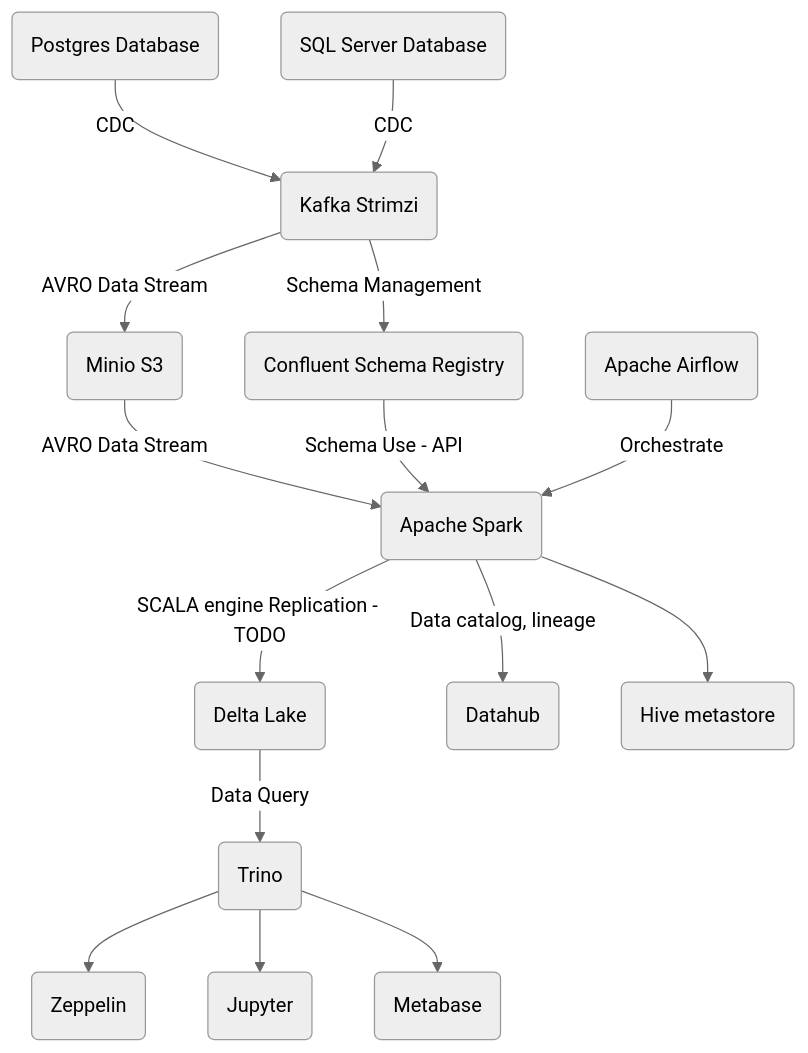
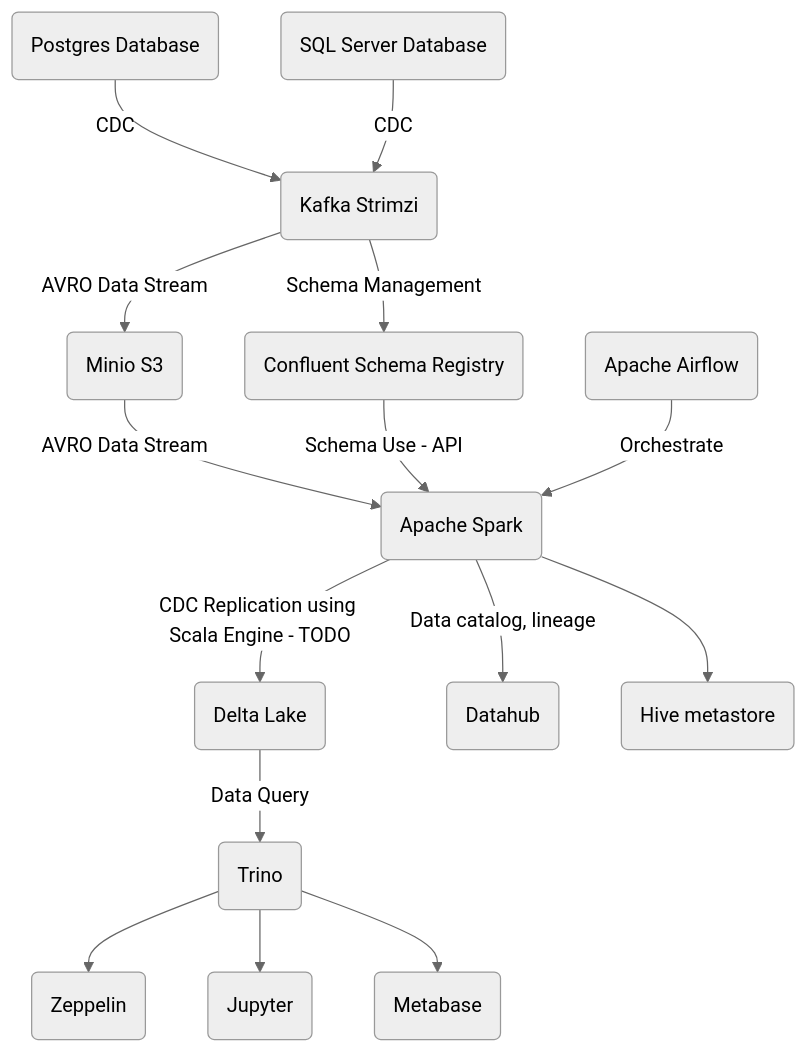
The diagram in README.md (rogeriomm/labtools-k8s), drawn with Mermaid (neutral theme) before and after one commit.

````diff
--- a/README.md
+++ b/README.md
@@ -14,22 +14,22 @@
 ```mermaid
 flowchart TD
     Postgres(Postgres Database) -->|CDC| Kafka(Kafka Strimzi)
     SQLServer(SQL Server Database) -->|CDC| Kafka
     Kafka -->|AVRO Data Stream| ConsumerMinio(Minio S3)
     ConsumerMinio -->|AVRO Data Stream| ConsumerSpark(Apache Spark)
-    ConsumerSpark --> |SCALA engine Replication - TODO| ConsumerDelta(Delta Lake)
+    ConsumerSpark --> |CDC Replication using Scala Engine - TODO| ConsumerDelta(Delta Lake)
     ConsumerSpark --> |Data catalog, lineage| ConsumerDatahub(Datahub)
     ConsumerSpark --> HiveMetastore(Hive metastore)
     Kafka -->|Schema Management| SchemaRegistry(Confluent Schema Registry)
     SchemaRegistry -->|Schema Use - API| ConsumerSpark
     ConsumerDelta -->|Data Query| Trino(Trino)
     Airflow(Apache Airflow) -->|Orchestrate| ConsumerSpark
     Trino --> Zeppelin(Zeppelin)
     Trino --> Jupyter(Jupyter)
     Trino --> Metabase(Metabase)
     
     class Postgres,SQLServer database;
     class Kafka,SchemaRegistry kafka;
     class ConsumerMinio,ConsumerSpark,ConsumerDelta,Trino,Airflow consumers;
     class Datahub datahub;
 ```
````
